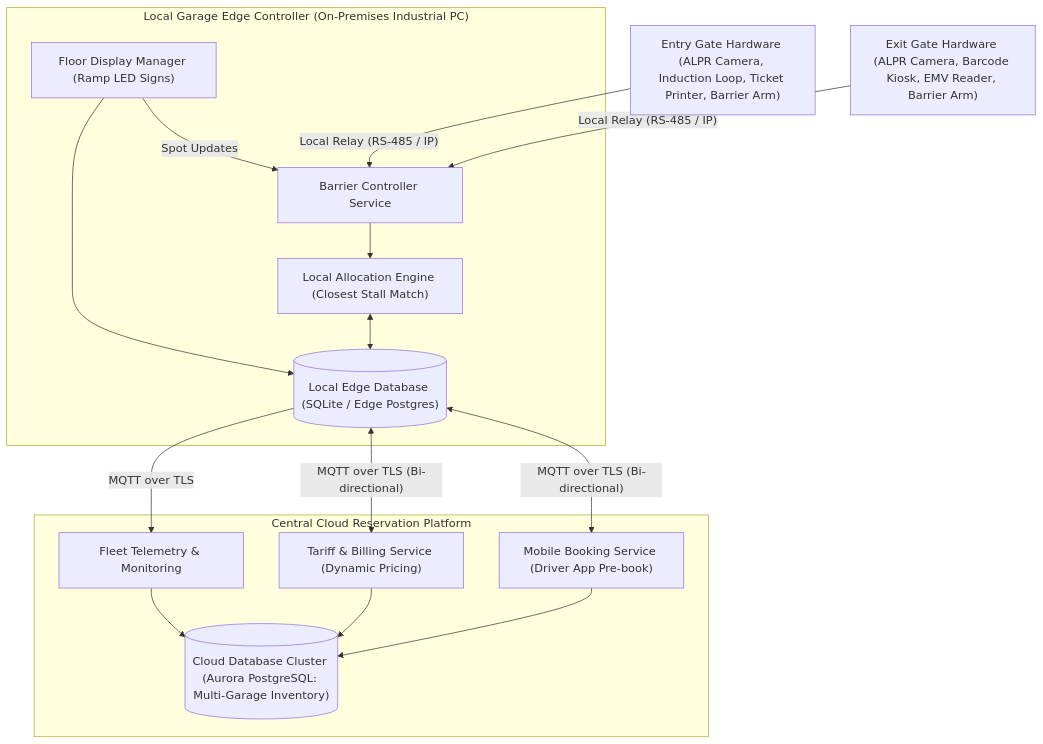
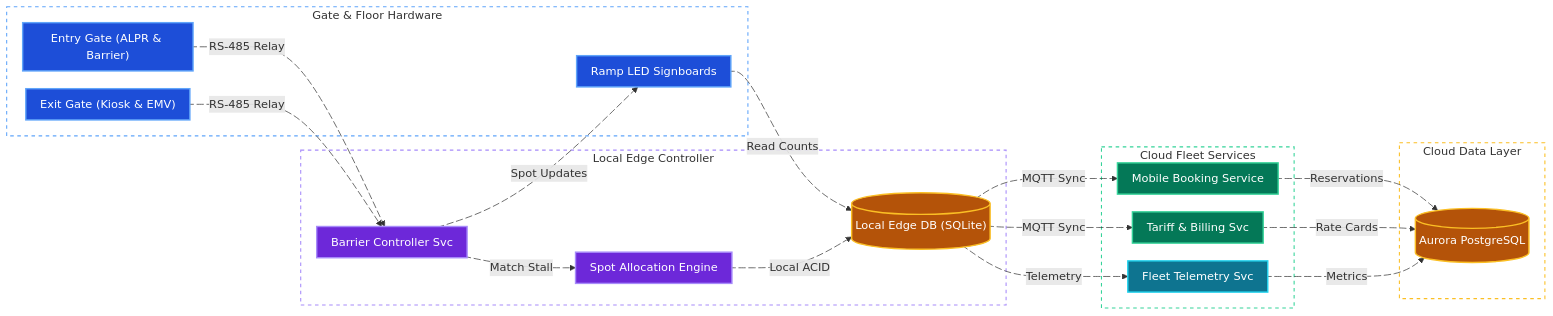
One commit to tarunbatta/tech-interview-prep changed the first of 3 diagrams in system-design/parking-garage.md. Above: the diagram before and after it, drawn with Mermaid. The commit also changed other lines of this file and 30 other files, not shown here.

First line of the commit message:
docs(system-design): convert Mermaid flowcharts to LR with colors and animated edges

````diff
--- a/system-design/parking-garage.md
+++ b/system-design/parking-garage.md
@@ -69,23 +69,64 @@
 ```mermaid
-flowchart TD
-    EntryGate["Entry Gate Hardware (ALPR Camera, Induction Loop, Ticket Printer, Barrier Arm)"] -->|"Local Relay (RS-485 / IP)"| BarrierCtrl["Barrier Controller Service"]
-    ExitGate["Exit Gate Hardware (ALPR Camera, Barcode Kiosk, EMV Reader, Barrier Arm)"] -->|"Local Relay (RS-485 / IP)"| BarrierCtrl
-    subgraph EdgeController["Local Garage Edge Controller (On-Premises Industrial PC)"]
-        BarrierCtrl --> AllocEngine["Local Allocation Engine (Closest Stall Match)"]
-        DisplayMgr["Floor Display Manager (Ramp LED Signs)"] -->|"Spot Updates"| BarrierCtrl
-        DisplayMgr --> EdgeDB[("Local Edge Database (SQLite / Edge Postgres)")]
-        AllocEngine <--> EdgeDB
+%%{init: {'flowchart': {'nodeSpacing': 25, 'rankSpacing': 45, 'padding': 10}}}%%
+flowchart LR
+    subgraph HardwareTier["Gate & Floor Hardware"]
+        EntryGate["Entry Gate (ALPR & Barrier)"]
+        ExitGate["Exit Gate (Kiosk & EMV)"]
+        DisplayMgr["Ramp LED Signboards"]
     end
-    subgraph CloudPlatform["Central Cloud Reservation Platform"]
-        BookingSvc["Mobile Booking Service (Driver App Pre-book)"]
-        TariffSvc["Tariff & Billing Service (Dynamic Pricing)"]
-        TelemetrySvc["Fleet Telemetry & Monitoring"]
-        CloudDB[("Cloud Database Cluster (Aurora PostgreSQL: Multi-Garage Inventory)")]
-        BookingSvc --> CloudDB
-        TariffSvc --> CloudDB
-        TelemetrySvc --> CloudDB
+    subgraph EdgeController["Local Edge Controller"]
+        BarrierCtrl["Barrier Controller Svc"]
+        AllocEngine["Spot Allocation Engine"]
+        EdgeDB[("Local Edge DB (SQLite)")]
     end
-    EdgeDB <-->|"MQTT over TLS (Bi-directional)"| BookingSvc
-    EdgeDB <-->|"MQTT over TLS (Bi-directional)"| TariffSvc
-    EdgeDB -->|"MQTT over TLS"| TelemetrySvc
+    subgraph CloudServices["Cloud Fleet Services"]
+        BookingSvc["Mobile Booking Service"]
+        TariffSvc["Tariff & Billing Svc"]
+        TelemetrySvc["Fleet Telemetry Svc"]
+    end
+    subgraph CloudStorage["Cloud Data Layer"]
+        CloudDB[("Aurora PostgreSQL")]
+    end
+    EntryGate e1@-->|"RS-485 Relay"| BarrierCtrl
+    ExitGate e2@-->|"RS-485 Relay"| BarrierCtrl
+    BarrierCtrl e3@-->|"Spot Updates"| DisplayMgr
+    BarrierCtrl e4@-->|"Match Stall"| AllocEngine
+    DisplayMgr e5@-->|"Read Counts"| EdgeDB
+    AllocEngine e6@-->|"Local ACID"| EdgeDB
+    EdgeDB e7@-->|"MQTT Sync"| BookingSvc
+    EdgeDB e8@-->|"MQTT Sync"| TariffSvc
+    EdgeDB e9@-->|"Telemetry"| TelemetrySvc
+    BookingSvc e10@-->|"Reservations"| CloudDB
+    TariffSvc e11@-->|"Rate Cards"| CloudDB
+    TelemetrySvc e12@-->|"Metrics"| CloudDB
+
+    e1@{ animate: true }
+    e2@{ animate: true }
+    e3@{ animate: true }
+    e4@{ animate: true }
+    e5@{ animate: true }
+    e6@{ animate: true }
+    e7@{ animate: true }
+    e8@{ animate: true }
+    e9@{ animate: true }
+    e10@{ animate: true }
+    e11@{ animate: true }
+    e12@{ animate: true }
+
+    classDef client fill:#1d4ed8,stroke:#60a5fa,stroke-width:2px,color:#ffffff
+    classDef edge fill:#6d28d9,stroke:#a78bfa,stroke-width:2px,color:#ffffff
+    classDef service fill:#047857,stroke:#34d399,stroke-width:2px,color:#ffffff
+    classDef worker fill:#0e7490,stroke:#22d3ee,stroke-width:2px,color:#ffffff
+    classDef storage fill:#b45309,stroke:#fbbf24,stroke-width:2px,color:#ffffff
+
+    class EntryGate,ExitGate,DisplayMgr client
+    class BarrierCtrl,AllocEngine edge
+    class BookingSvc,TariffSvc service
+    class TelemetrySvc worker
+    class EdgeDB,CloudDB storage
+
+    style HardwareTier fill:transparent,stroke:#60a5fa,stroke-width:1.5px,stroke-dasharray: 5 5
+    style EdgeController fill:transparent,stroke:#a78bfa,stroke-width:1.5px,stroke-dasharray: 5 5
+    style CloudServices fill:transparent,stroke:#34d399,stroke-width:1.5px,stroke-dasharray: 5 5
+    style CloudStorage fill:transparent,stroke:#fbbf24,stroke-width:1.5px,stroke-dasharray: 5 5
 ```
````
